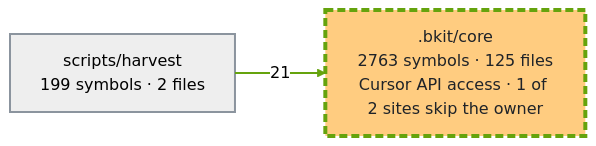
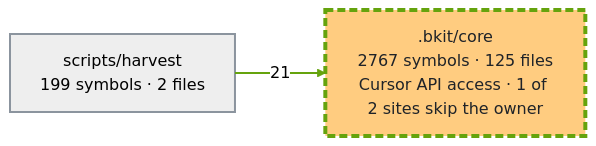
The first of 2 diagrams in docs/capabilities.md (cbartens/bkit), drawn with Mermaid (neutral theme) before and after one commit. The commit also changed other lines of this file, not shown here.

Commit message:
docs(graph): regenerate the capabilities graph for the merged roadmap and the harvest test fix

````diff
--- a/docs/capabilities.md
+++ b/docs/capabilities.md
@@ -150,16 +150,16 @@
 ```mermaid
 ---
 config:
   layout: elk
   flowchart:
     useMaxWidth: false
 ---
 flowchart LR
-  %% Generated by bkit-graphify-rollup.py from 4a4423e87f051c2f1c91448fb6e96aea9745efb8 — do not edit
-  n_bkit_core[".bkit/core<br/>2763 symbols · 125 files<br/>Cursor API access · 1 of 2 sites skip the owner"]
+  %% Generated by bkit-graphify-rollup.py from 02797164293ddc0113ce99fecba732bc2dd76280 — do not edit
+  n_bkit_core[".bkit/core<br/>2767 symbols · 125 files<br/>Cursor API access · 1 of 2 sites skip the owner"]
   nscripts_harvest["scripts/harvest<br/>199 symbols · 2 files"]
   nscripts_harvest -->|21| n_bkit_core
   style n_bkit_core stroke:#65a30d,stroke-width:4px,stroke-dasharray:8 4,fill:#ffcc80,color:#1f2328
   style nscripts_harvest stroke:#8b949e,stroke-width:2px
   linkStyle 0 stroke:#65a30d,stroke-width:2px
 ```
````
